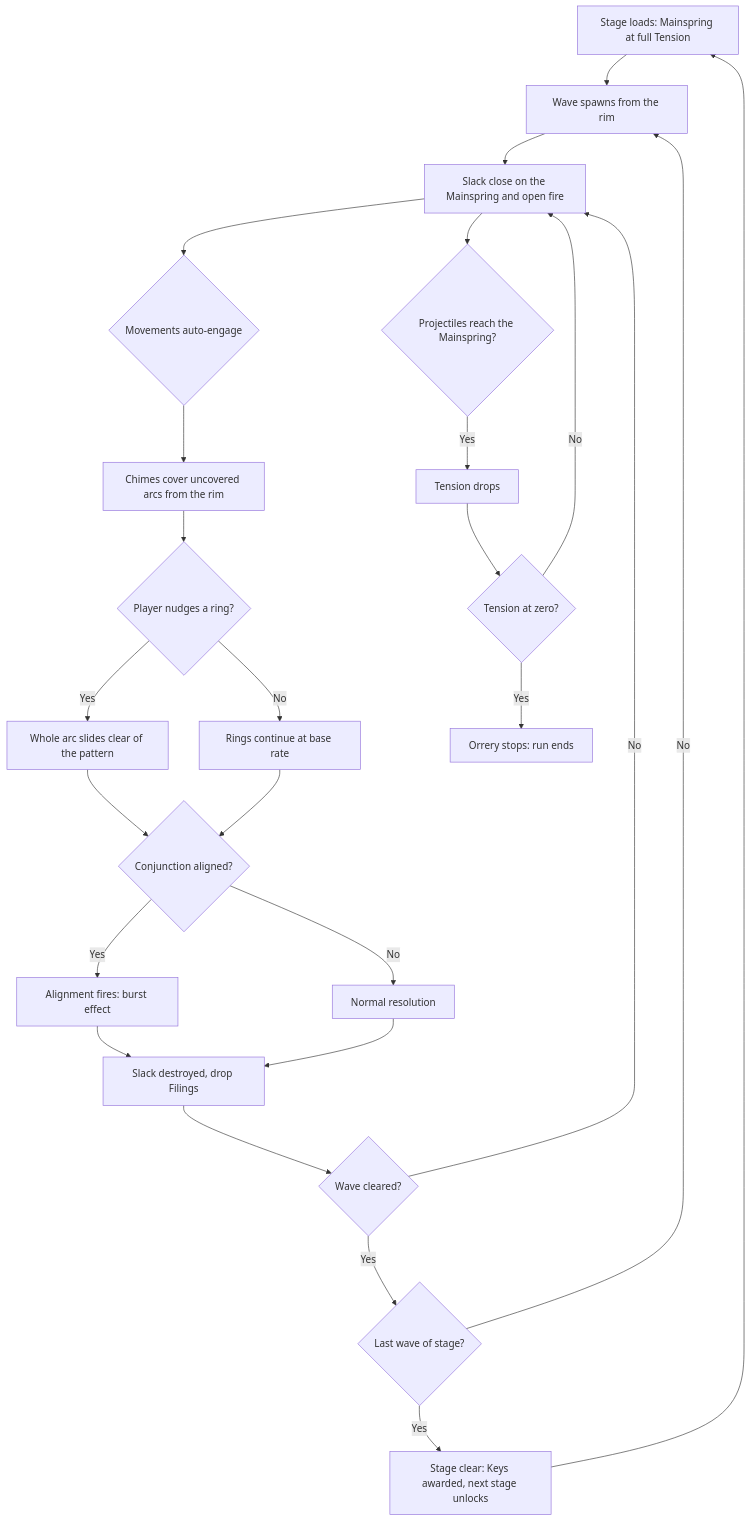
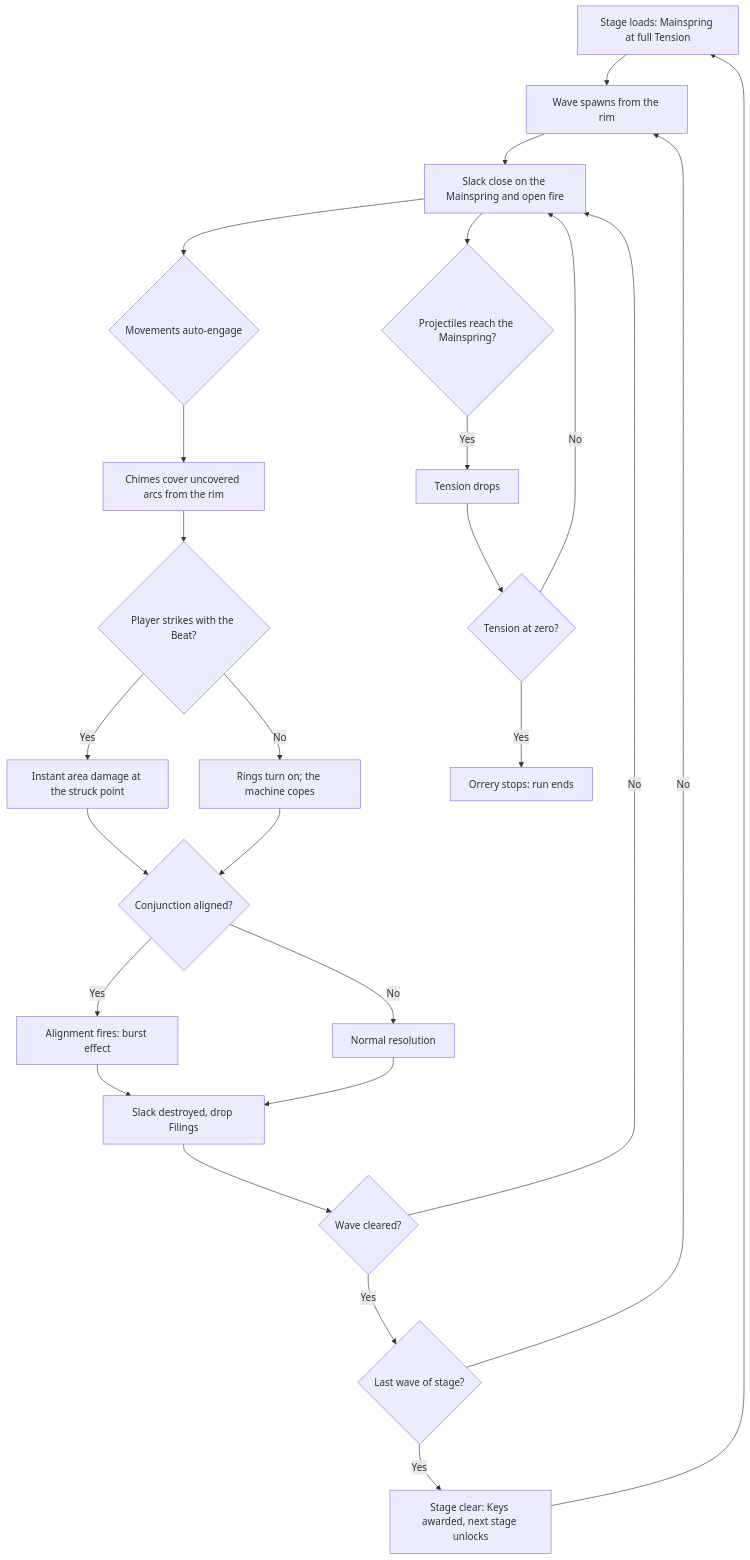
One commit to pummelgrille-afk/Incremental changed the first of 2 diagrams in docs/design/game-loop.md. Above: the diagram before and after it, drawn with Mermaid. The commit also changed other lines of this file and 23 other files, not shown here.

First line of the commit message:
feat: replace the ring nudge with the Beat after playtest

````diff
--- a/docs/design/game-loop.md
+++ b/docs/design/game-loop.md
@@ -20,28 +20,28 @@
 ```mermaid
 flowchart TD
     A[Stage loads: Mainspring at full Tension] --> B[Wave spawns from the rim]
     B --> C[Slack close on the Mainspring and open fire]
     C --> D{Movements auto-engage}
     D --> E[Chimes cover uncovered arcs from the rim]
-    E --> F{Player nudges a ring?}
-    F -->|Yes| G[Whole arc slides clear of the pattern]
-    F -->|No| H[Rings continue at base rate]
+    E --> F{Player strikes with the Beat?}
+    F -->|Yes| G[Instant area damage at the struck point]
+    F -->|No| H[Rings turn on; the machine copes]
     G --> I{Conjunction aligned?}
     H --> I
     I -->|Yes| J[Alignment fires: burst effect]
     I -->|No| K[Normal resolution]
     J --> L[Slack destroyed, drop Filings]
     K --> L
     L --> M{Wave cleared?}
     M -->|No| C
     M -->|Yes| N{Last wave of stage?}
     N -->|No| B
     N -->|Yes| O[Stage clear: Keys awarded, next stage unlocks]
     O --> A
 
     C --> P{Projectiles reach the Mainspring?}
     P -->|Yes| Q[Tension drops]
     Q --> R{Tension at zero?}
     R -->|Yes| S[Orrery stops: run ends]
     R -->|No| C
 ```
````
